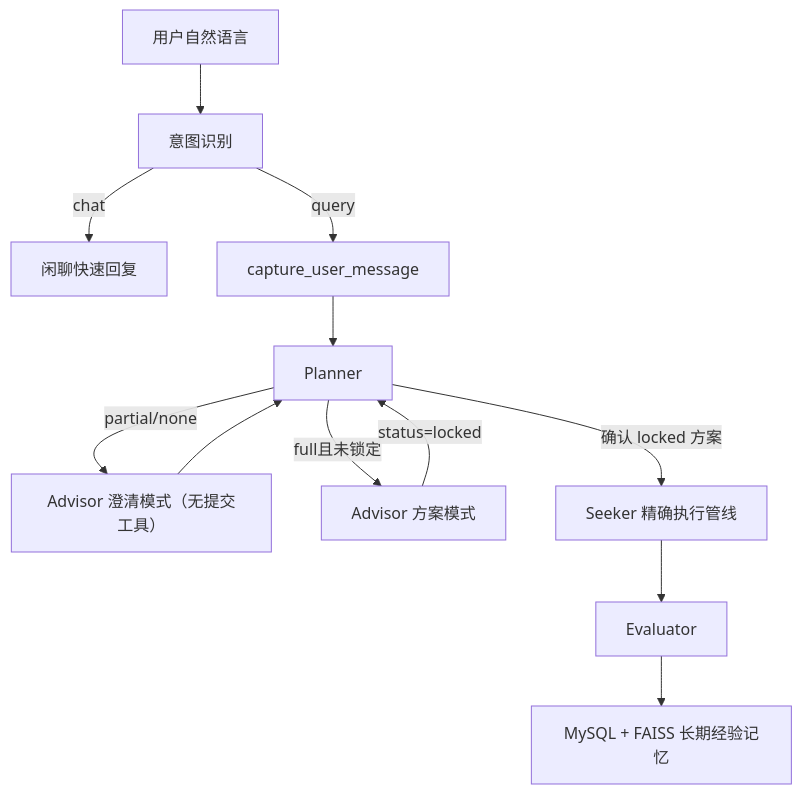
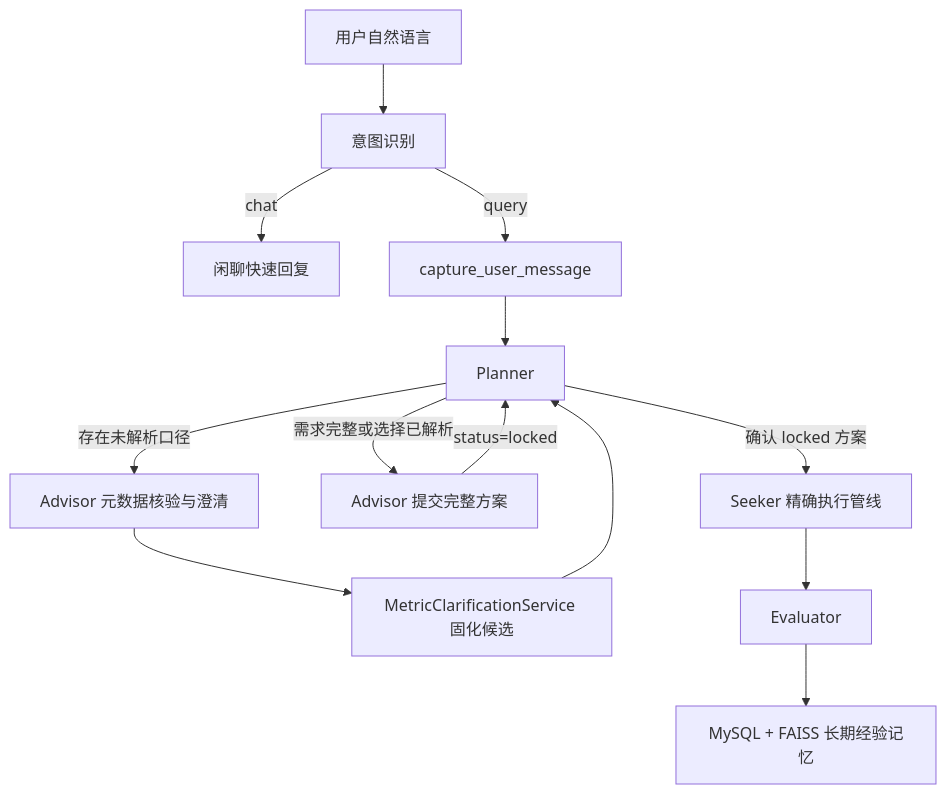
Before and after one commit to 18336621007/warehouseAgent: the diagram in docs/README.md, drawn with Mermaid. The commit also changed other lines of this file and 24 other files, not shown here.

````diff
--- a/docs/README.md
+++ b/docs/README.md
@@ -98,14 +99,15 @@
 ```mermaid
 flowchart TD
     U["用户自然语言"] --> I["意图识别"]
     I -->|chat| Chat["闲聊快速回复"]
     I -->|query| C["capture_user_message"]
     C --> P["Planner"]
-    P -->|partial/none| AC["Advisor 澄清模式（无提交工具）"]
-    AC --> P
-    P -->|full且未锁定| AP["Advisor 方案模式"]
+    P -->|存在未解析口径| AC["Advisor 元数据核验与澄清"]
+    AC --> MC["MetricClarificationService 固化候选"]
+    MC --> P
+    P -->|需求完整或选择已解析| AP["Advisor 提交完整方案"]
     AP -->|status=locked| P
     P -->|确认 locked 方案| S["Seeker 精确执行管线"]
     S --> E["Evaluator"]
     E --> L["MySQL + FAISS 长期经验记忆"]
 ```
````
